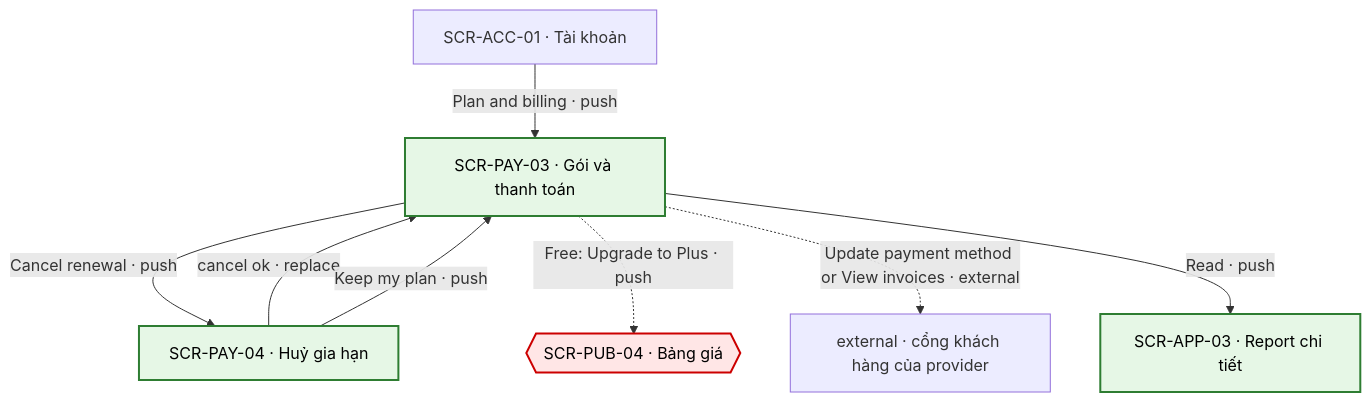
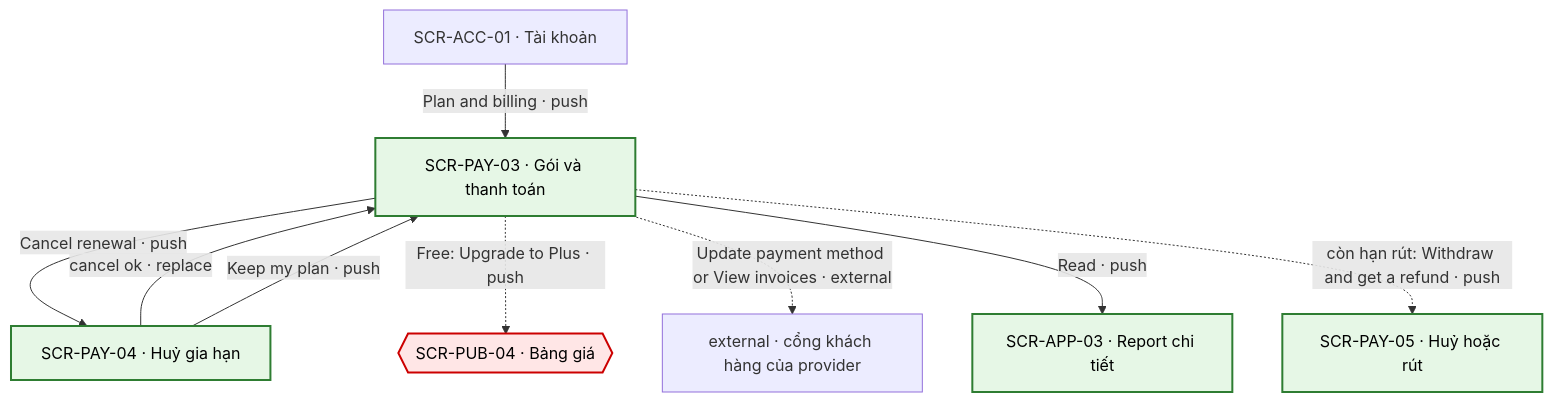
Before and after one commit to minhvblc/TestLibrary: the first of 2 diagrams in docs/screens/SCR-PAY-03-goi-va-thanh-toan.md, drawn with Mermaid. The commit also changed other lines of this file and 22 other files, not shown here.

````diff
--- a/docs/screens/SCR-PAY-03-goi-va-thanh-toan.md
+++ b/docs/screens/SCR-PAY-03-goi-va-thanh-toan.md
@@ -42,14 +44,15 @@
 ```mermaid
 flowchart TD
     SCR_ACC_01["SCR-ACC-01 · Tài khoản"] -->|"Plan and billing · push"| SCR_PAY_03["SCR-PAY-03 · Gói và thanh toán"]
     SCR_PAY_03 -->|"Cancel renewal · push"| SCR_PAY_04["SCR-PAY-04 · Huỷ gia hạn"]
     SCR_PAY_04 -->|"cancel ok · replace"| SCR_PAY_03
     SCR_PAY_04 -->|"Keep my plan · push"| SCR_PAY_03
     SCR_PAY_03 -.->|"Free: Upgrade to Plus · push"| SCR_PUB_04{{"SCR-PUB-04 · Bảng giá"}}
     SCR_PAY_03 -.->|"Update payment method or View invoices · external"| EXT_PORTAL["external · cổng khách hàng của provider"]
     SCR_PAY_03 -->|"Read · push"| SCR_APP_03["SCR-APP-03 · Report chi tiết"]
+    SCR_PAY_03 -.->|"còn hạn rút: Withdraw and get a refund · push"| SCR_PAY_05["SCR-PAY-05 · Huỷ hoặc rút"]
     classDef pay fill:#ffe6e6,stroke:#cc0000,stroke-width:2px,color:#000;
     classDef paid fill:#e6f7e6,stroke:#2e7d32,stroke-width:2px,color:#000;
     class SCR_PUB_04 pay;
-    class SCR_PAY_03,SCR_PAY_04,SCR_APP_03 paid;
+    class SCR_PAY_03,SCR_PAY_04,SCR_APP_03,SCR_PAY_05 paid;
 ```
````
